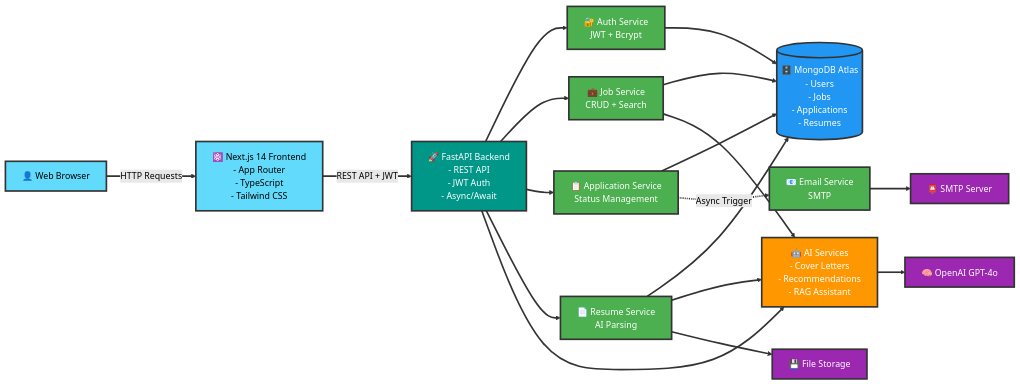
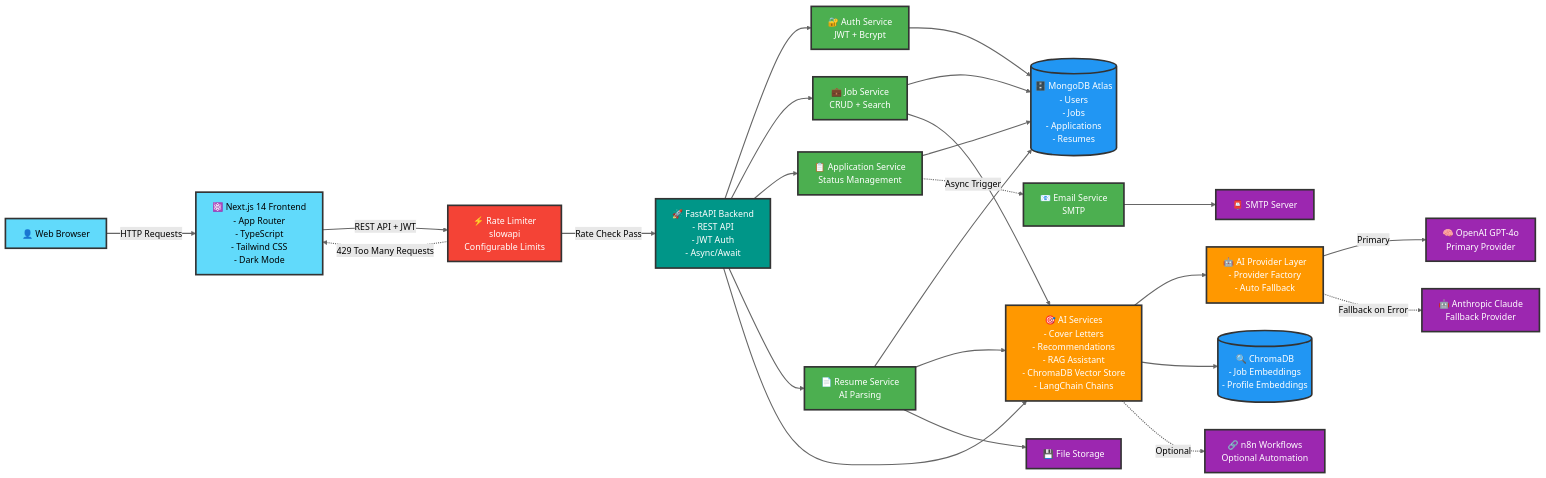
The first of 5 diagrams in README.md (fly2safa/JobPortal), drawn with Mermaid (forest theme) before and after one commit. The commit also changed other lines of this file and 1 other file, not shown here.

````diff
--- a/README.md
+++ b/README.md
@@ -76,9 +98,10 @@
     Client[👤 Web Browser]
     
     %% Frontend Layer
-    Frontend["⚛️ Next.js 14 Frontend<br/>- App Router<br/>- TypeScript<br/>- Tailwind CSS"]
+    Frontend["⚛️ Next.js 14 Frontend<br/>- App Router<br/>- TypeScript<br/>- Tailwind CSS<br/>- Dark Mode"]
     
-    %% API Gateway
+    %% API Gateway with Rate Limiting
+    RateLimit["⚡ Rate Limiter<br/>slowapi<br/>Configurable Limits"]
     API["🚀 FastAPI Backend<br/>- REST API<br/>- JWT Auth<br/>- Async/Await"]
     
     %% Service Layer
@@ -88,20 +111,26 @@
     ResumeSvc["📄 Resume Service<br/>AI Parsing"]
     EmailSvc["📧 Email Service<br/>SMTP"]
     
-    %% AI Layer
-    AISvc["🤖 AI Services<br/>- Cover Letters<br/>- Recommendations<br/>- RAG Assistant"]
+    %% AI Layer with Provider Abstraction
+    AIProvider["🤖 AI Provider Layer<br/>- Provider Factory<br/>- Auto Fallback"]
+    AISvc["🎯 AI Services<br/>- Cover Letters<br/>- Recommendations<br/>- RAG Assistant<br/>- ChromaDB Vector Store<br/>- LangChain Chains"]
     
     %% Data Layer
     DB[("🗄️ MongoDB Atlas<br/>- Users<br/>- Jobs<br/>- Applications<br/>- Resumes")]
+    VectorDB[("🔍 ChromaDB<br/>- Job Embeddings<br/>- Profile Embeddings")]
     
     %% External Services
-    OpenAI["🧠 OpenAI GPT-4o"]
+    OpenAI["🧠 OpenAI GPT-4o<br/>Primary Provider"]
+    Anthropic["🤖 Anthropic Claude<br/>Fallback Provider"]
     SMTP["📮 SMTP Server"]
     Storage["💾 File Storage"]
+    n8n["🔗 n8n Workflows<br/>Optional Automation"]
     
-    %% Main Flow
+    %% Main Flow with Rate Limiting
     Client ==>|"HTTP Requests"| Frontend
-    Frontend ==>|"REST API + JWT"| API
+    Frontend ==>|"REST API + JWT"| RateLimit
+    RateLimit ==>|"Rate Check Pass"| API
+    RateLimit -.->|"429 Too Many Requests"| Frontend
     
     %% API to Services
     API ==> AuthSvc
@@ -116,12 +145,18 @@
     AppSvc ==> DB
     ResumeSvc ==> DB
     
-    %% Services to AI
+    %% Services to AI with Provider Layer
     ResumeSvc ==> AISvc
     JobSvc ==> AISvc
+    AISvc ==> AIProvider
+    AISvc ==> VectorDB
     
-    %% AI to External
-    AISvc ==> OpenAI
+    %% AI Provider Fallback Logic
+    AIProvider ==>|"Primary"| OpenAI
+    AIProvider -.->|"Fallback on Error"| Anthropic
+    
+    %% Optional n8n Integration
+    AISvc -.->|"Optional"| n8n
     
     %% Email Flow
     AppSvc -.->|"Async Trigger"| EmailSvc
@@ -133,18 +168,20 @@
     %% Styling
     classDef frontend fill:#61dafb,stroke:#333,stroke-width:3px,color:#000
     classDef backend fill:#009688,stroke:#333,stroke-width:3px,color:#fff
+    classDef ratelimit fill:#f44336,stroke:#333,stroke-width:3px,color:#fff
     classDef service fill:#4caf50,stroke:#333,stroke-width:3px,color:#fff
     classDef ai fill:#ff9800,stroke:#333,stroke-width:3px,color:#fff
     classDef data fill:#2196f3,stroke:#333,stroke-width:3px,color:#fff
     classDef external fill:#9c27b0,stroke:#333,stroke-width:3px,color:#fff
     
     class Client,Frontend frontend
+    class RateLimit ratelimit
     class API backend
     class AuthSvc,JobSvc,AppSvc,ResumeSvc,EmailSvc service
-    class AISvc ai
-    class DB data
-    class OpenAI,SMTP,Storage external
+    class AISvc,AIProvider ai
+    class DB,VectorDB data
+    class OpenAI,Anthropic,SMTP,Storage,n8n external
     
     %% Link styling for better visibility
-    linkStyle default stroke:#333,stroke-width:3px
+    linkStyle default stroke:#666,stroke-width:2px
 ```
````
